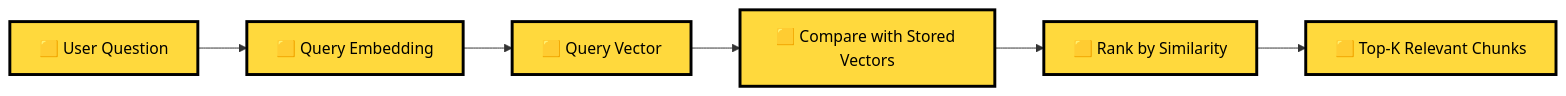
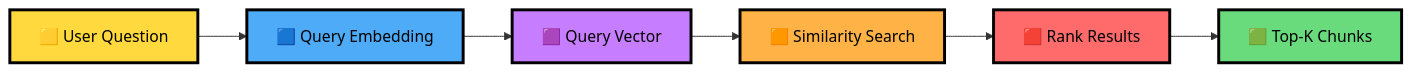
Diagram 36 of 40 in GenAI-AgenticAI-MultiAgent-RAG-AgentHarness.md (azam123/awesome-ai-engineer), drawn with Mermaid before and after one commit. The commit also changed other lines of this file, not shown here.

Commit message:
docs: enhance AI mental model with colorful concept flows

````diff
--- a/GenAI-AgenticAI-MultiAgent-RAG-AgentHarness.md
+++ b/GenAI-AgenticAI-MultiAgent-RAG-AgentHarness.md
@@ -4592,11 +4618,25 @@
 ```mermaid
 flowchart LR
-    A["🟨 User Question"] --> B["🟨 Query Embedding"]
-    B --> C["🟨 Query Vector"]
-    C --> D["🟨 Compare with Stored Vectors"]
-    D --> E["🟨 Rank by Similarity"]
-    E --> F["🟨 Top-K Relevant Chunks"]
+    A["🟨 User Question"]
+    B["🟦 Query Embedding"]
+    C["🟪 Query Vector"]
+    D["🟧 Similarity Search"]
+    E["🟥 Rank Results"]
+    F["🟩 Top-K Chunks"]
+
+    A --> B --> C --> D --> E --> F
 
     classDef yellow fill:#FFD93D,color:#000,stroke:#000,stroke-width:3px;
-    class A,B,C,D,E,F yellow;
+    classDef blue fill:#4DABF7,color:#000,stroke:#000,stroke-width:3px;
+    classDef purple fill:#C77DFF,color:#000,stroke:#000,stroke-width:3px;
+    classDef orange fill:#FFB347,color:#000,stroke:#000,stroke-width:3px;
+    classDef red fill:#FF6B6B,color:#000,stroke:#000,stroke-width:3px;
+    classDef green fill:#69DB7C,color:#000,stroke:#000,stroke-width:3px;
+
+    class A yellow;
+    class B blue;
+    class C purple;
+    class D orange;
+    class E red;
+    class F green;
 ```
````
